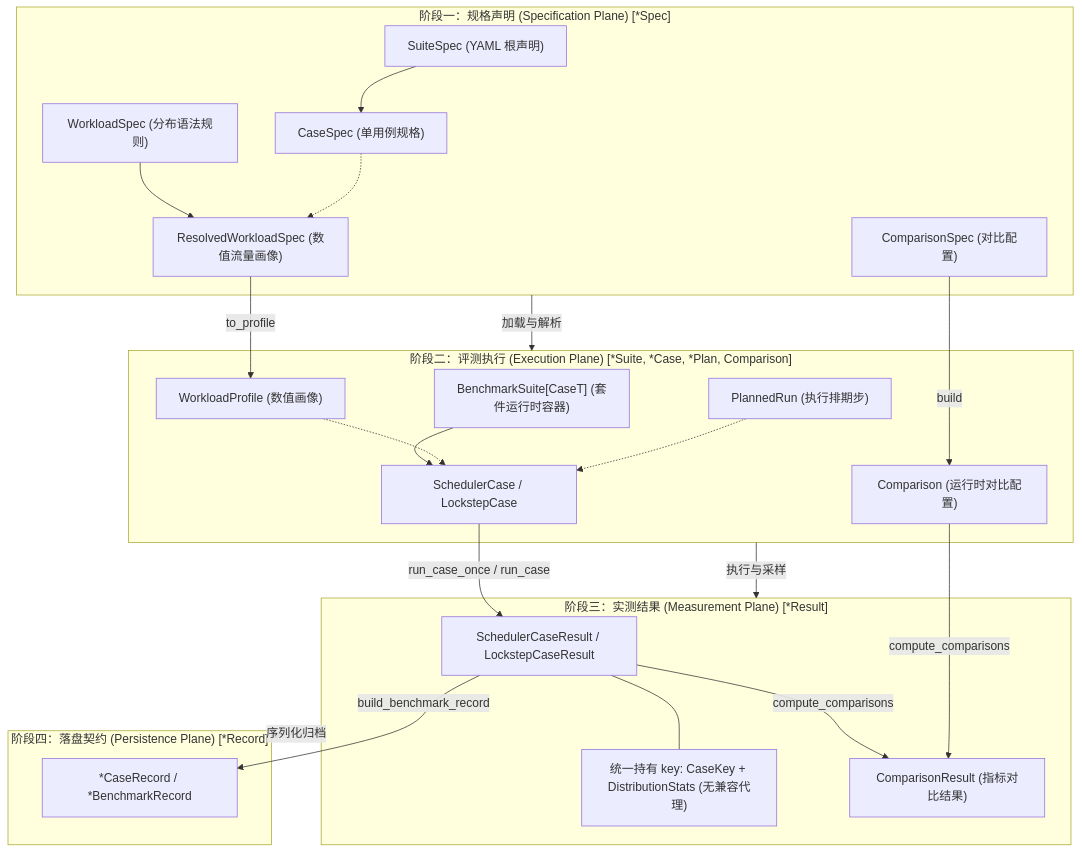
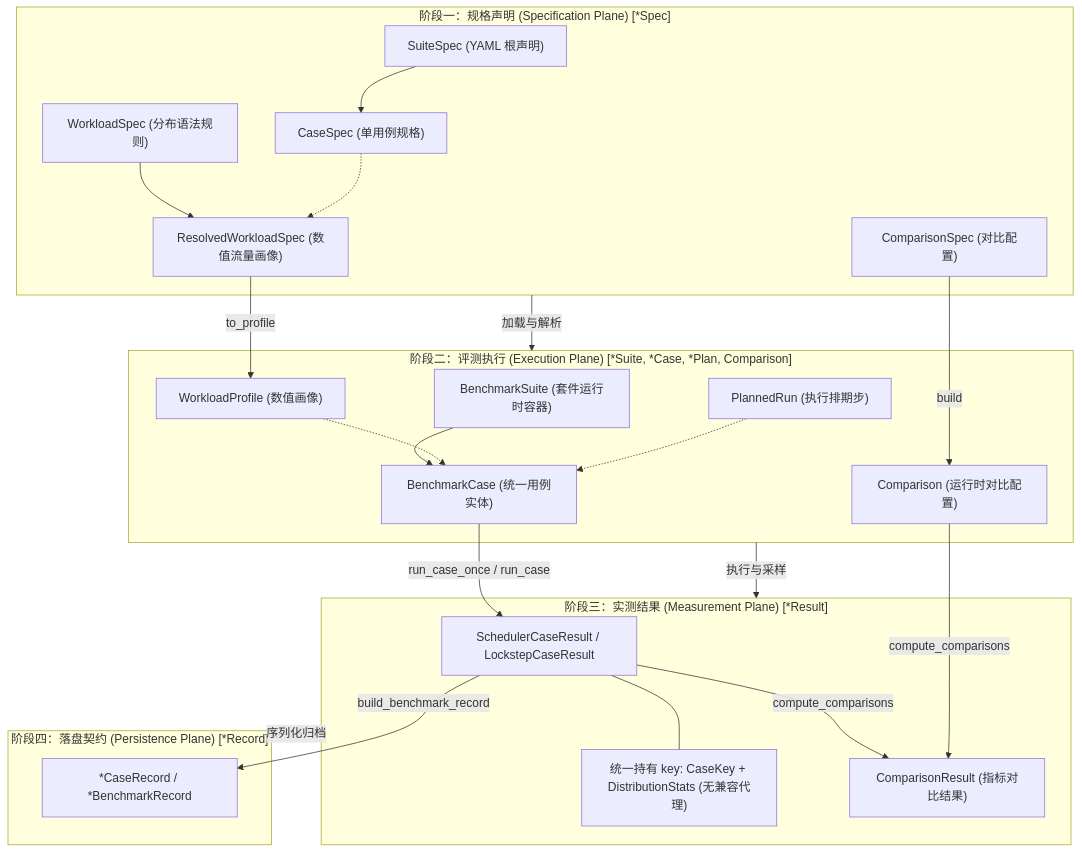
One commit to yurun00/mini-infra-qwen3 changed the diagram in docs/benchmarks/overview.md. Above: the diagram before and after it, drawn with Mermaid. The commit also changed other lines of this file and 26 other files, not shown here.

````diff
--- a/docs/benchmarks/overview.md
+++ b/docs/benchmarks/overview.md
@@ -26,31 +26,31 @@
 ```mermaid
 flowchart TD
     subgraph S1["阶段一：规格声明 (Specification Plane) [*Spec]"]
         SS["SuiteSpec (YAML 根声明)"] --> CS["CaseSpec (单用例规格)"]
         WS["WorkloadSpec (分布语法规则)"] --> RWS["ResolvedWorkloadSpec (数值流量画像)"]
         CS -.-> RWS
         CompSpec["ComparisonSpec (对比配置)"]
     end
 
     subgraph S2["阶段二：评测执行 (Execution Plane) [*Suite, *Case, *Plan, Comparison]"]
-        BS["BenchmarkSuite[CaseT] (套件运行时容器)"] --> SC["SchedulerCase / LockstepCase"]
+        BS["BenchmarkSuite (套件运行时容器)"] --> SC["BenchmarkCase (统一用例实体)"]
         CompSpec -->|build| Comp["Comparison (运行时对比配置)"]
         RWS -->|to_profile| WP["WorkloadProfile (数值画像)"]
         WP -.-> SC
         PR["PlannedRun (执行排期步)"] -.-> SC
     end
 
     subgraph S3["阶段三：实测结果 (Measurement Plane) [*Result]"]
         SC -->|run_case_once / run_case| CR["SchedulerCaseResult / LockstepCaseResult"]
         CR --- CK["统一持有 key: CaseKey + DistributionStats (无兼容代理)"]
         CR & Comp -->|compute_comparisons| MC["ComparisonResult (指标对比结果)"]
     end
 
     subgraph S4["阶段四：落盘契约 (Persistence Plane) [*Record]"]
         CR -->|build_benchmark_record| BR["*CaseRecord / *BenchmarkRecord"]
     end
 
     S1 -->|加载与解析| S2
     S2 -->|执行与采样| S3
     S3 -->|序列化归档| S4
 ```
````
